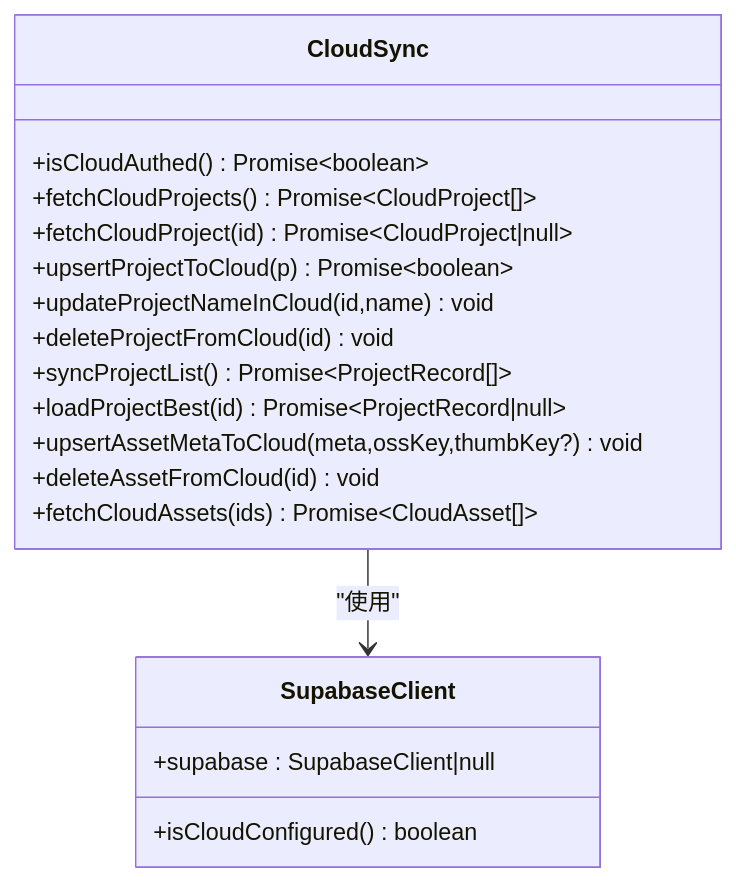
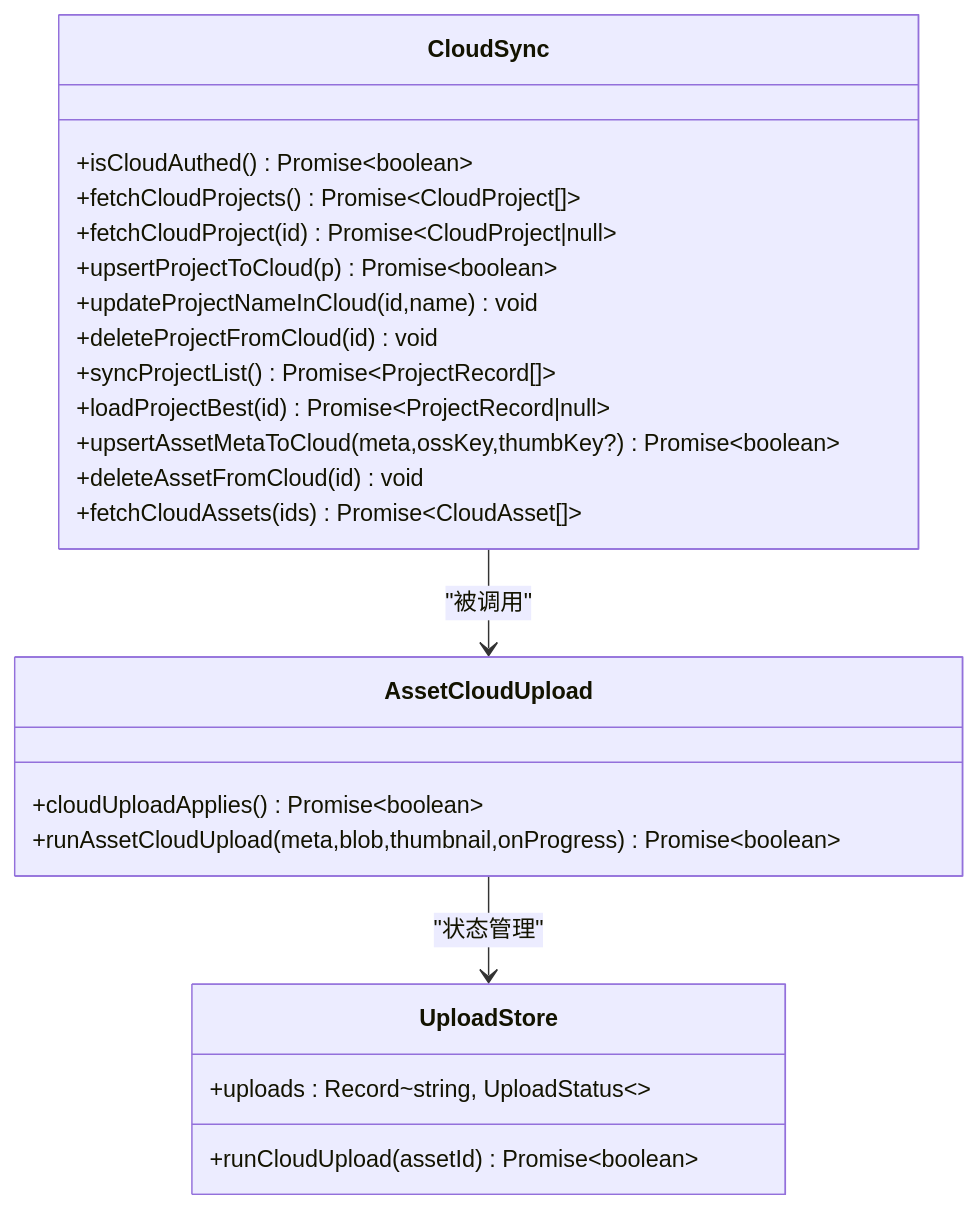
Before and after one commit to suqi-bot/SuQCanvas: the third of 5 diagrams in .qoder/repowiki/zh/content/协作同步系统/云端同步.md, drawn with Mermaid. The commit also changed other lines of this file and 69 other files, not shown here.

````diff
--- a/.qoder/repowiki/zh/content/协作同步系统/云端同步.md
+++ b/.qoder/repowiki/zh/content/协作同步系统/云端同步.md
@@ -168,21 +209,26 @@
 ```mermaid
 classDiagram
 class CloudSync {
 +isCloudAuthed() Promise~boolean~
 +fetchCloudProjects() Promise~CloudProject[]~
 +fetchCloudProject(id) Promise~CloudProject|null~
 +upsertProjectToCloud(p) Promise~boolean~
 +updateProjectNameInCloud(id,name) void
 +deleteProjectFromCloud(id) void
 +syncProjectList() Promise~ProjectRecord[]~
 +loadProjectBest(id) Promise~ProjectRecord|null~
-+upsertAssetMetaToCloud(meta,ossKey,thumbKey?) void
++upsertAssetMetaToCloud(meta,ossKey,thumbKey?) Promise~boolean~
 +deleteAssetFromCloud(id) void
 +fetchCloudAssets(ids) Promise~CloudAsset[]~
 }
-class SupabaseClient {
-+supabase : SupabaseClient|null
-+isCloudConfigured() boolean
+class AssetCloudUpload {
++cloudUploadApplies() Promise~boolean~
++runAssetCloudUpload(meta,blob,thumbnail,onProgress) Promise~boolean~
 }
-CloudSync --> SupabaseClient : "使用"
+class UploadStore {
++uploads : Record~string, UploadStatus~~
++runCloudUpload(assetId) Promise~boolean~
+}
+CloudSync --> AssetCloudUpload : "被调用"
+AssetCloudUpload --> UploadStore : "状态管理"
 ```
````
